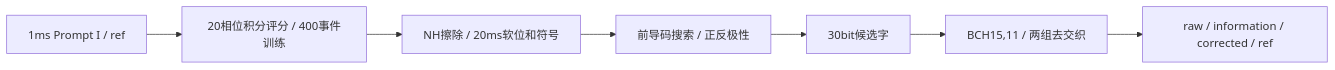
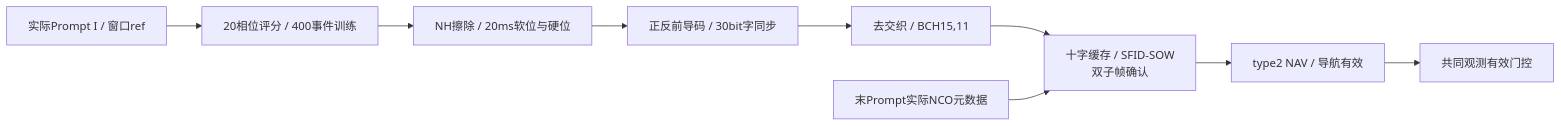
The diagram in docs/NH_D1_REPORT.md (Ultramarine-1011/B1I_Receiver_EDA), drawn with Mermaid before and after one commit. The commit also changed other lines of this file and 31 other files, not shown here.

````diff
--- a/docs/NH_D1_REPORT.md
+++ b/docs/NH_D1_REPORT.md
@@ -7,9 +29,11 @@
 ```mermaid
 flowchart LR
-    P[1ms Prompt I / ref] --> NH[20相位积分评分 / 400事件训练]
-    NH --> BIT[NH擦除 / 20ms软位和符号]
-    BIT --> POL[前导码搜索 / 正反极性]
-    POL --> W[30bit候选字]
-    W --> BCH[BCH15,11 / 两组去交织]
-    BCH --> OUT[raw / information / corrected / ref]
+    P[实际Prompt I / 窗口ref] --> NH[20相位评分 / 400事件训练]
+    NH --> BIT[NH擦除 / 20ms软位与硬位]
+    BIT --> SYNC[正反前导码 / 30bit字同步]
+    SYNC --> BCH[去交织 / BCH15,11]
+    BCH --> FRAME["十字缓存 / SFID-SOW<br/>双子帧确认"]
+    META[末Prompt实际NCO元数据] --> FRAME
+    FRAME --> NAV[type2 NAV / 导航有效]
+    NAV --> OBS[共同观测有效门控]
 ```
````
